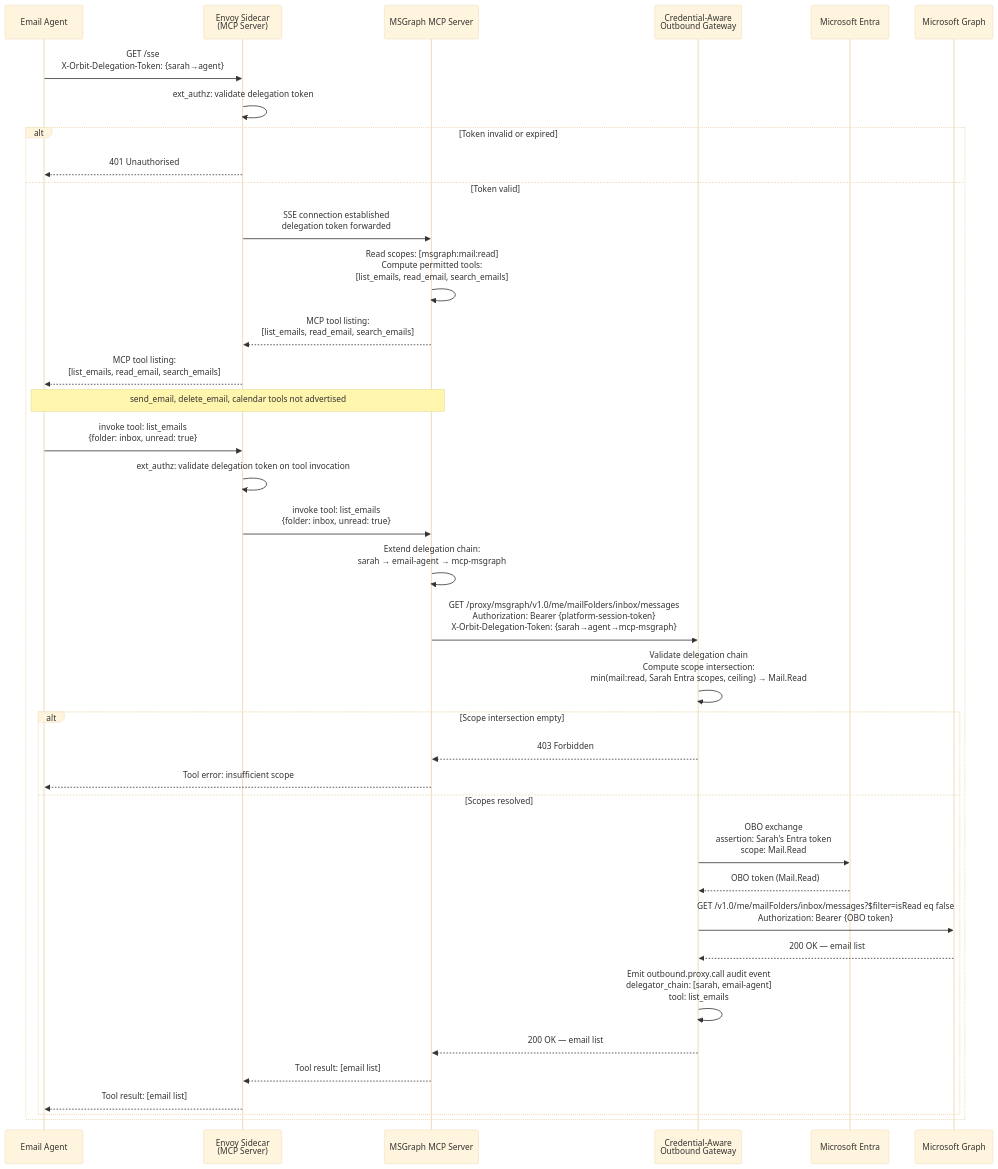
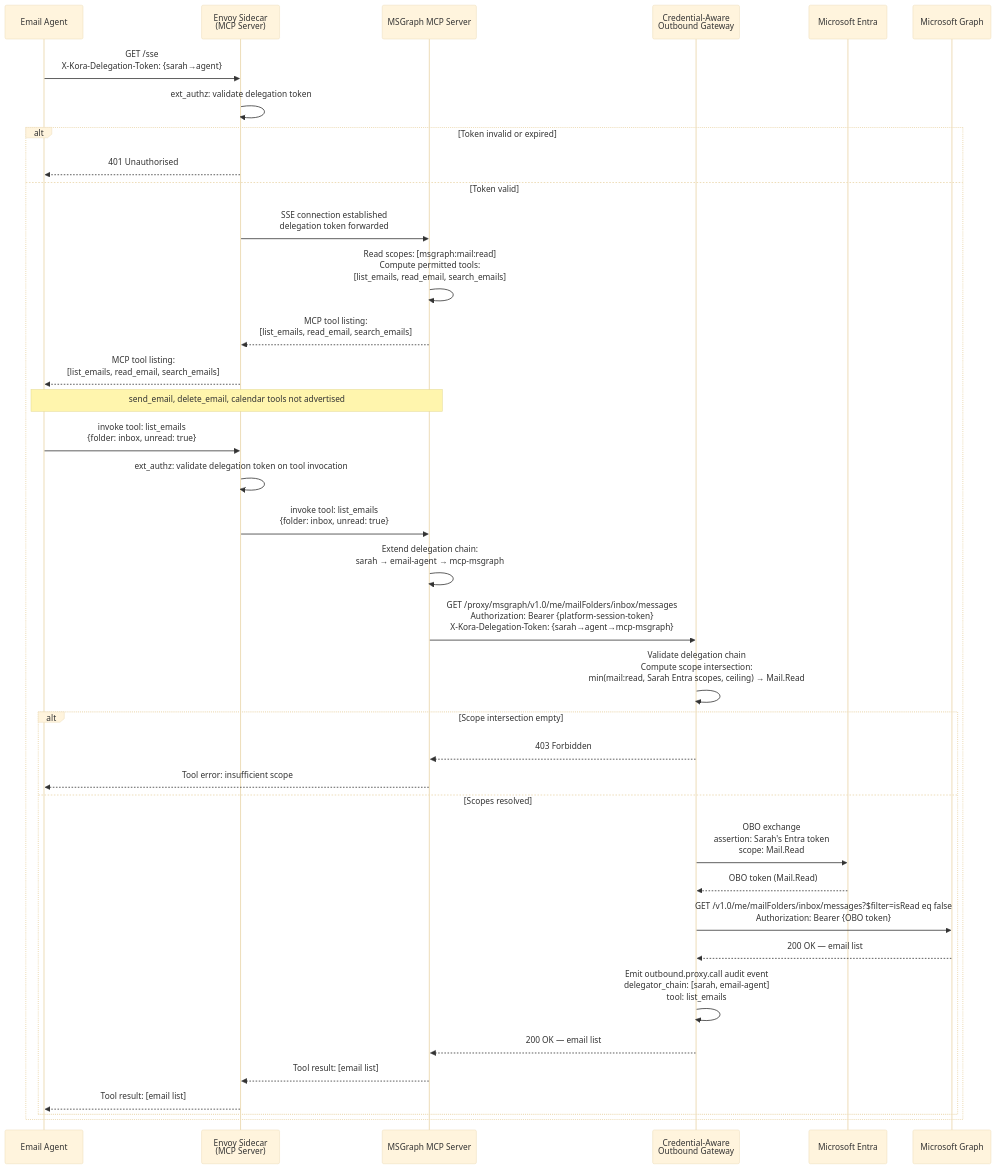
The diagram in docs/adr/2026-03-05-scope-gated-tool-exposure-via-mcp.md (runkora/kora), drawn with Mermaid (base theme) before and after one commit. The commit also changed other lines of this file and 121 other files, not shown here.

First line of the commit message:
chore: rename the orbit tokens, headers, scopes and MCP server to kora

````diff
--- a/docs/adr/2026-03-05-scope-gated-tool-exposure-via-mcp.md
+++ b/docs/adr/2026-03-05-scope-gated-tool-exposure-via-mcp.md
@@ -333,47 +333,47 @@
 ```mermaid
 sequenceDiagram
     participant A as Email Agent
     participant ES as Envoy Sidecar<br/>(MCP Server)
     participant MCP as MSGraph MCP Server
     participant GW as Credential-Aware<br/>Outbound Gateway
     participant Entra as Microsoft Entra
     participant Graph as Microsoft Graph
 
-    A->>ES: GET /sse<br/>X-Orbit-Delegation-Token: {sarah→agent}
+    A->>ES: GET /sse<br/>X-Kora-Delegation-Token: {sarah→agent}
     ES->>ES: ext_authz: validate delegation token
     alt Token invalid or expired
         ES-->>A: 401 Unauthorised
     else Token valid
         ES->>MCP: SSE connection established<br/>delegation token forwarded
         MCP->>MCP: Read scopes: [msgraph:mail:read]<br/>Compute permitted tools:<br/>[list_emails, read_email, search_emails]
         MCP-->>ES: MCP tool listing:<br/>[list_emails, read_email, search_emails]
         ES-->>A: MCP tool listing:<br/>[list_emails, read_email, search_emails]
 
         Note over A,MCP: send_email, delete_email, calendar tools not advertised
 
         A->>ES: invoke tool: list_emails<br/>{folder: inbox, unread: true}
         ES->>ES: ext_authz: validate delegation token on tool invocation
         ES->>MCP: invoke tool: list_emails<br/>{folder: inbox, unread: true}
         MCP->>MCP: Extend delegation chain:<br/>sarah → email-agent → mcp-msgraph
 
-        MCP->>GW: GET /proxy/msgraph/v1.0/me/mailFolders/inbox/messages<br/>Authorization: Bearer {platform-session-token}<br/>X-Orbit-Delegation-Token: {sarah→agent→mcp-msgraph}
+        MCP->>GW: GET /proxy/msgraph/v1.0/me/mailFolders/inbox/messages<br/>Authorization: Bearer {platform-session-token}<br/>X-Kora-Delegation-Token: {sarah→agent→mcp-msgraph}
 
         GW->>GW: Validate delegation chain<br/>Compute scope intersection:<br/>min(mail:read, Sarah Entra scopes, ceiling) → Mail.Read
 
         alt Scope intersection empty
             GW-->>MCP: 403 Forbidden
             MCP-->>A: Tool error: insufficient scope
         else Scopes resolved
             GW->>Entra: OBO exchange<br/>assertion: Sarah's Entra token<br/>scope: Mail.Read
             Entra-->>GW: OBO token (Mail.Read)
 
             GW->>Graph: GET /v1.0/me/mailFolders/inbox/messages?$filter=isRead eq false<br/>Authorization: Bearer {OBO token}
             Graph-->>GW: 200 OK — email list
 
             GW->>GW: Emit outbound.proxy.call audit event<br/>delegator_chain: [sarah, email-agent]<br/>tool: list_emails
             GW-->>MCP: 200 OK — email list
             MCP-->>ES: Tool result: [email list]
             ES-->>A: Tool result: [email list]
         end
     end
 ```
````
